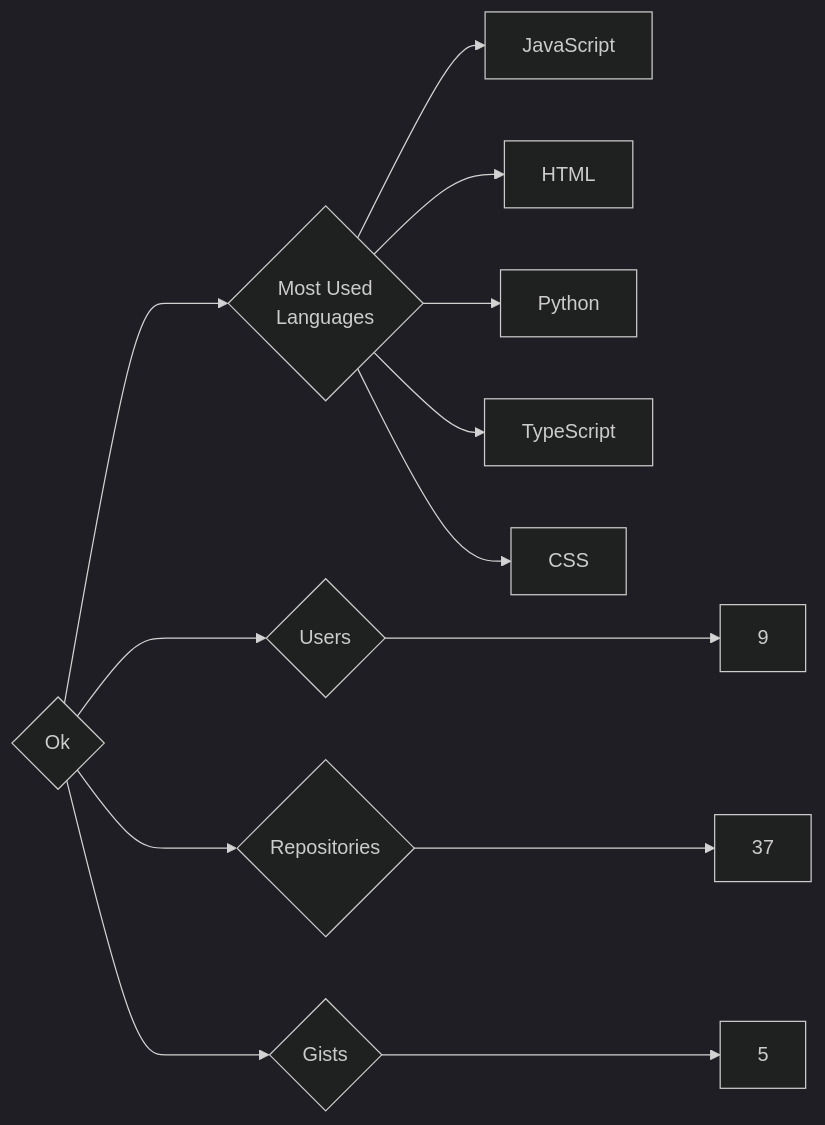
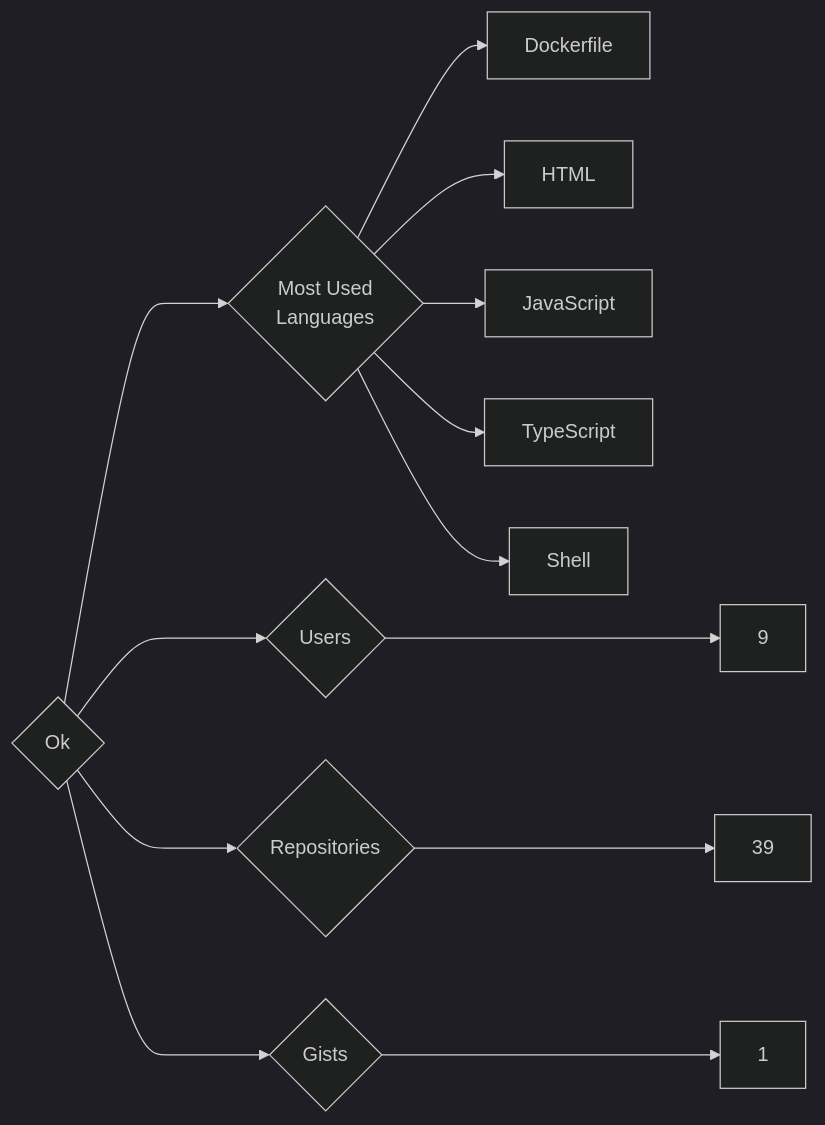
The diagram in targets/Ok/README.md (trickest/insiders), drawn with Mermaid (dark theme) before and after one commit. The commit also changed 953 other files, not shown here.

````diff
--- a/targets/Ok/README.md
+++ b/targets/Ok/README.md
@@ -3,13 +3,13 @@
 ```mermaid
 graph LR
 COMPANY_NAME{Ok}
 COMPANY_NAME ---> U{Users} ---> UN[9]
-COMPANY_NAME ---> R{Repositories} ---> RN[37]
-COMPANY_NAME ---> G{Gists} ---> GN[5]
+COMPANY_NAME ---> R{Repositories} ---> RN[39]
+COMPANY_NAME ---> G{Gists} ---> GN[1]
 COMPANY_NAME ---> ML{Most Used<br>Languages}
+ML --> Dockerfile[Dockerfile]
+ML --> HTML[HTML]
 ML --> JavaScript[JavaScript]
-ML --> HTML[HTML]
-ML --> Python[Python]
 ML --> TypeScript[TypeScript]
-ML --> CSS[CSS]
+ML --> Shell[Shell]
 ```
````
